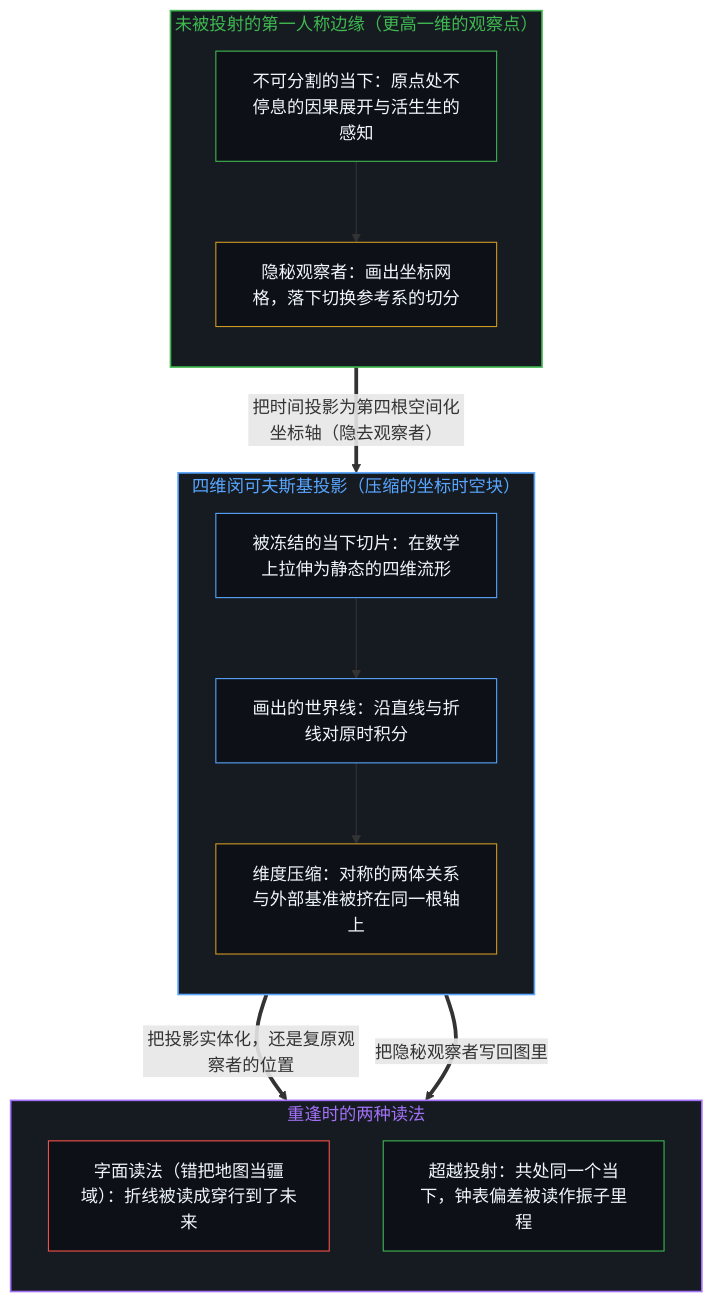
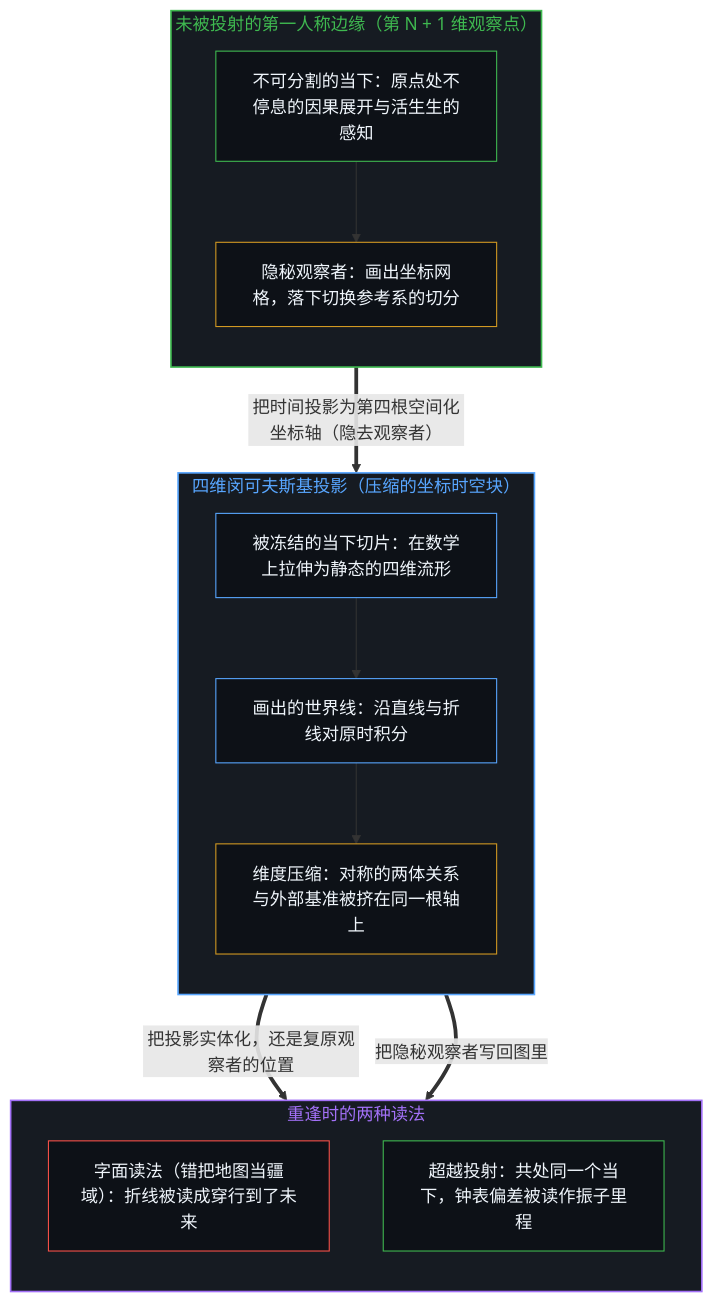
One commit to powerpig99/not-a-toe changed the first of 2 diagrams in content/posts/the-twin-paradox-and-the-hidden-observer.md. Above: the diagram before and after it, drawn with Mermaid. The commit also changed other lines of this file and 12 other files, not shown here.

````diff
--- a/content/posts/the-twin-paradox-and-the-hidden-observer.md
+++ b/content/posts/the-twin-paradox-and-the-hidden-observer.md
@@ -57,39 +57,39 @@
 ```mermaid
 flowchart TD
-    subgraph S_Edge["未被投射的第一人称边缘（更高一维的观察点）"]
+    subgraph S_Edge["未被投射的第一人称边缘（第 N + 1 维观察点）"]
         direction TB
         E_Now["不可分割的当下：原点处不停息的因果展开与活生生的感知"]
         E_Cut["隐秘观察者：画出坐标网格，落下切换参考系的切分"]
         E_Now --> E_Cut
     end
 
     subgraph S_Block["四维闵可夫斯基投影（压缩的坐标时空块）"]
         direction TB
         B_Freeze["被冻结的当下切片：在数学上拉伸为静态的四维流形"]
         B_Lines["画出的世界线：沿直线与折线对原时积分"]
         B_Clash["维度压缩：对称的两体关系与外部基准被挤在同一根轴上"]
         B_Freeze --> B_Lines
         B_Lines --> B_Clash
     end
 
     subgraph S_Read["重逢时的两种读法"]
         direction TB
         R_Paradox["字面读法（错把地图当疆域）：折线被读成穿行到了未来"]
         R_Dissolve["超越投射：共处同一个当下，钟表偏差被读作振子里程"]
     end
 
     E_Cut ==>|"把时间投影为第四根空间化坐标轴（隐去观察者）"| B_Freeze
     B_Clash ==>|"把投影实体化，还是复原观察者的位置"| R_Paradox
     B_Clash ==>|"把隐秘观察者写回图里"| R_Dissolve
 
     style S_Edge fill:#161b22,stroke:#3fb950,stroke-width:1.5px,color:#3fb950
     style S_Block fill:#161b22,stroke:#58a6ff,stroke-width:1.5px,color:#58a6ff
     style S_Read fill:#161b22,stroke:#a371f7,stroke-width:1.5px,color:#a371f7
     style E_Now fill:#0d1117,stroke:#3fb950,stroke-width:1px,color:#f0f6fc
     style E_Cut fill:#0d1117,stroke:#d29922,stroke-width:1px,color:#f0f6fc
     style B_Freeze fill:#0d1117,stroke:#58a6ff,stroke-width:1px,color:#f0f6fc
     style B_Lines fill:#0d1117,stroke:#58a6ff,stroke-width:1px,color:#f0f6fc
     style B_Clash fill:#0d1117,stroke:#d29922,stroke-width:1px,color:#f0f6fc
     style R_Paradox fill:#0d1117,stroke:#f85149,stroke-width:1px,color:#f0f6fc
     style R_Dissolve fill:#0d1117,stroke:#3fb950,stroke-width:1px,color:#f0f6fc
 ```
````
